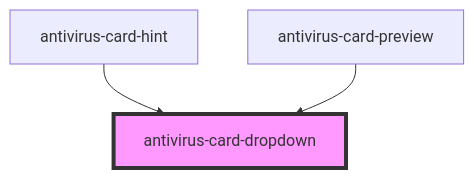
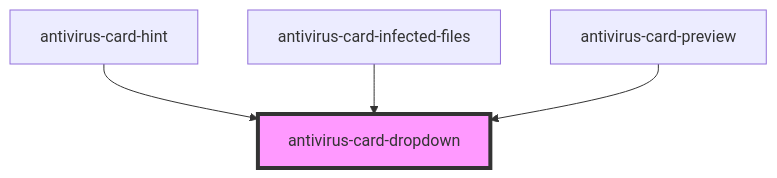
Before and after one commit to ispsystem/plugin-imunify: the diagram in client/packages/antivirus-card/src/components/dropdown/readme.md, drawn with Mermaid. The commit also changed other lines of this file and 5 other files, not shown here.

````diff
--- a/client/packages/antivirus-card/src/components/dropdown/readme.md
+++ b/client/packages/antivirus-card/src/components/dropdown/readme.md
@@ -37,6 +38,7 @@
 ```mermaid
 graph TD;
   antivirus-card-hint --> antivirus-card-dropdown
+  antivirus-card-infected-files --> antivirus-card-dropdown
   antivirus-card-preview --> antivirus-card-dropdown
   style antivirus-card-dropdown fill:#f9f,stroke:#333,stroke-width:4px
 ```
````
